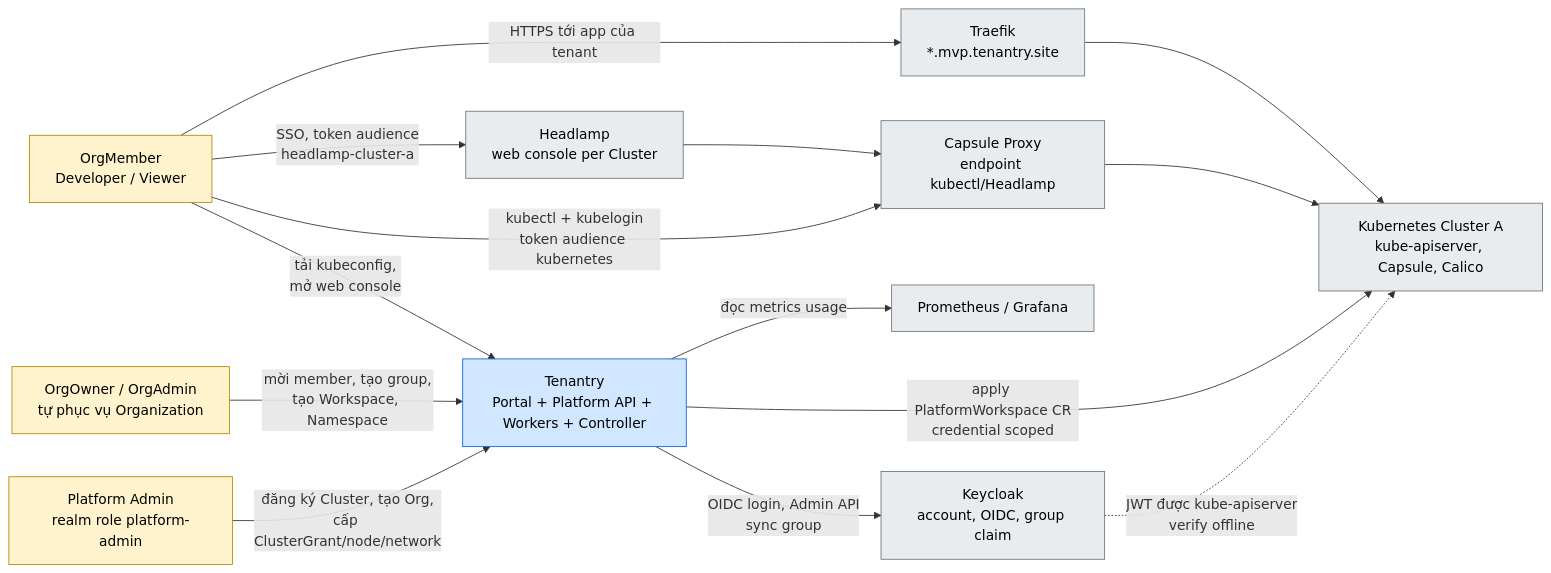
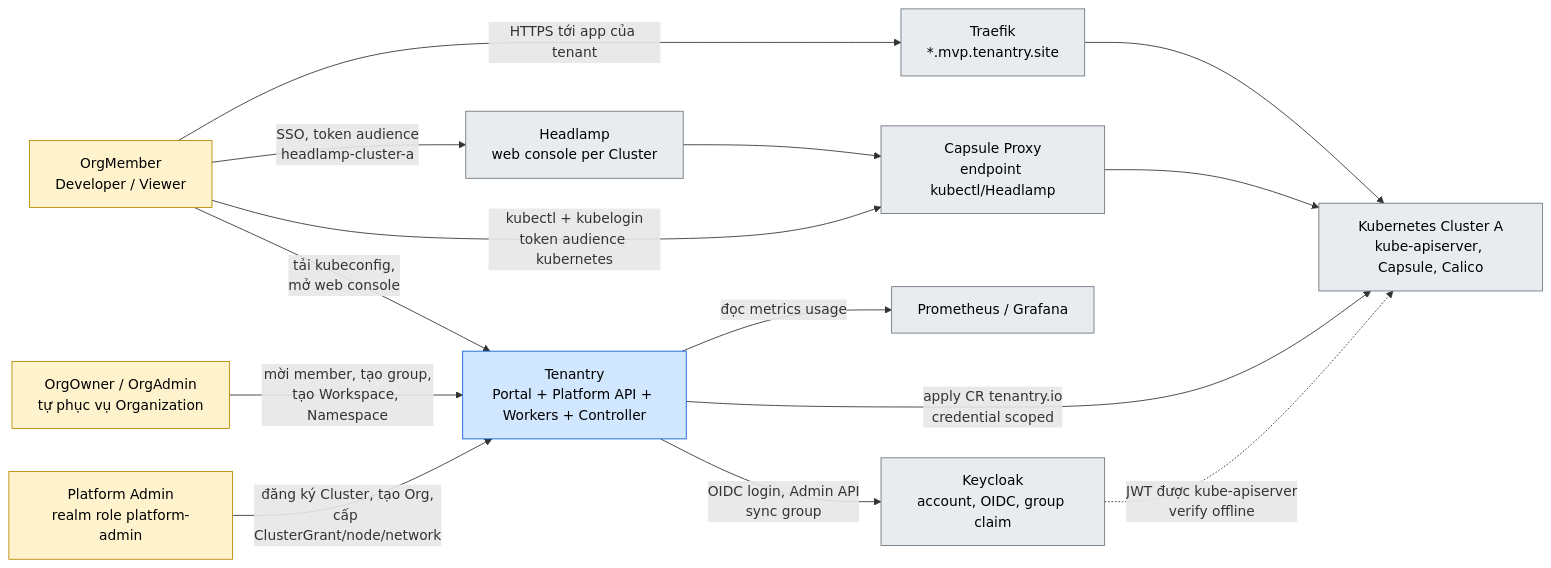
One commit to thaihoc1310/tenantry changed the first of 5 diagrams in docs/architecture/01-system-context.md. Above: the diagram before and after it, drawn with Mermaid. The commit also changed other lines of this file and 14 other files, not shown here.

````diff
--- a/docs/architecture/01-system-context.md
+++ b/docs/architecture/01-system-context.md
@@ -10,35 +10,35 @@
 ```mermaid
 flowchart LR
   classDef actor fill:#fff3cd,stroke:#b58900,color:#000
   classDef sys fill:#d1e7ff,stroke:#0b5ed7,color:#000
   classDef ext fill:#e9ecef,stroke:#6c757d,color:#000
 
   Admin["Platform Admin<br/>realm role platform-admin"]:::actor
   Owner["OrgOwner / OrgAdmin<br/>tự phục vụ Organization"]:::actor
   Member["OrgMember<br/>Developer / Viewer"]:::actor
 
   T["Tenantry<br/>Portal + Platform API + Workers + Controller"]:::sys
 
   KC["Keycloak<br/>account, OIDC, group claim"]:::ext
   K8s["Kubernetes Cluster A<br/>kube-apiserver, Capsule, Calico"]:::ext
   Proxy["Capsule Proxy<br/>endpoint kubectl/Headlamp"]:::ext
   HL["Headlamp<br/>web console per Cluster"]:::ext
   Ing["Traefik<br/>*.mvp.tenantry.site"]:::ext
   Mon["Prometheus / Grafana"]:::ext
 
   Admin -->|"đăng ký Cluster, tạo Org,<br/>cấp ClusterGrant/node/network"| T
   Owner -->|"mời member, tạo group,<br/>tạo Workspace, Namespace"| T
   Member -->|"tải kubeconfig,<br/>mở web console"| T
 
   T -->|"OIDC login, Admin API<br/>sync group"| KC
-  T -->|"apply PlatformWorkspace CR<br/>credential scoped"| K8s
+  T -->|"apply CR tenantry.io<br/>credential scoped"| K8s
   T -->|"đọc metrics usage"| Mon
 
   Member -->|"kubectl + kubelogin<br/>token audience kubernetes"| Proxy
   Member -->|"SSO, token audience<br/>headlamp-cluster-a"| HL
   HL --> Proxy
   Proxy --> K8s
   Member -->|"HTTPS tới app của tenant"| Ing
   Ing --> K8s
   KC -.->|"JWT được kube-apiserver<br/>verify offline"| K8s
 ```
````
